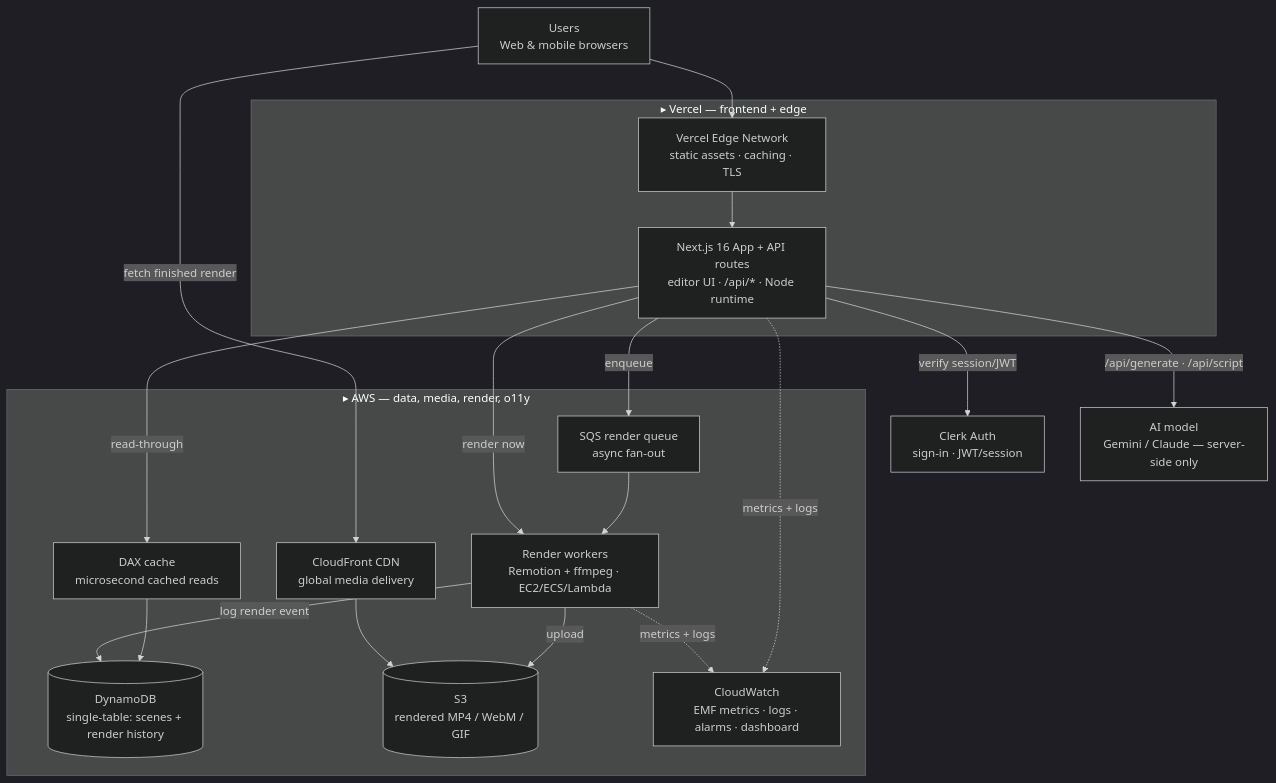
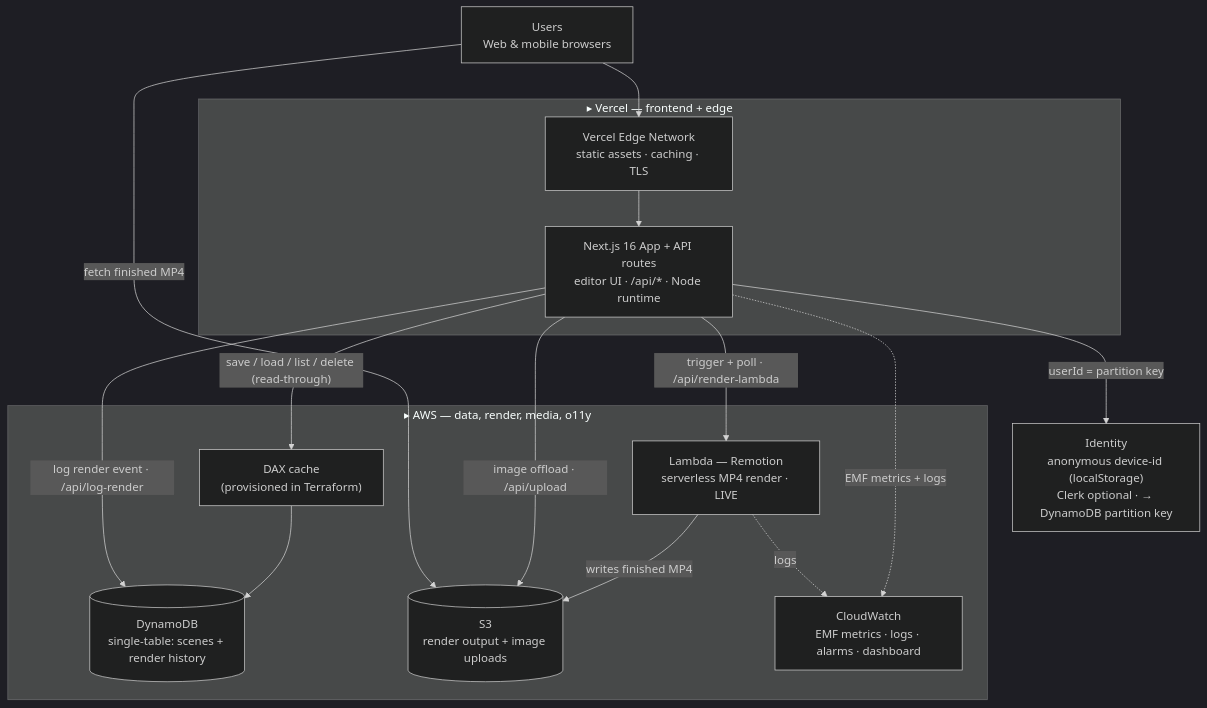
Before and after one commit to trishit726/AQUA-studio: the diagram in docs/architecture.md, drawn with Mermaid (dark theme). The commit also changed other lines of this file and 5 other files, not shown here.

First line of the commit message:
docs: serverless Lambda rendering is live; add technical architecture doc

````diff
--- a/docs/architecture.md
+++ b/docs/architecture.md
@@ -8,34 +9,30 @@
 ```mermaid
 flowchart TB
   U["Users<br/>Web & mobile browsers"]
 
   subgraph Vercel["▸ Vercel — frontend + edge"]
     CDN["Vercel Edge Network<br/>static assets · caching · TLS"]
     APP["Next.js 16 App + API routes<br/>editor UI · /api/* · Node runtime"]
   end
 
-  AUTH["Clerk Auth<br/>sign-in · JWT/session"]
-  AI["AI model<br/>Gemini / Claude — server-side only"]
+  ID["Identity<br/>anonymous device-id (localStorage)<br/>Clerk optional · → DynamoDB partition key"]
 
-  subgraph AWS["▸ AWS — data, media, render, o11y"]
-    DAX["DAX cache<br/>microsecond cached reads"]
+  subgraph AWS["▸ AWS — data, render, media, o11y"]
+    DAX["DAX cache<br/>(provisioned in Terraform)"]
     DDB[("DynamoDB<br/>single-table: scenes + render history")]
-    S3[("S3<br/>rendered MP4 / WebM / GIF")]
-    CF["CloudFront CDN<br/>global media delivery"]
-    SQS["SQS render queue<br/>async fan-out"]
-    RND["Render workers<br/>Remotion + ffmpeg · EC2/ECS/Lambda"]
+    LMB["Lambda — Remotion<br/>serverless MP4 render · LIVE"]
+    S3[("S3<br/>render output + image uploads")]
     CW["CloudWatch<br/>EMF metrics · logs · alarms · dashboard"]
   end
 
   U --> CDN --> APP
-  APP -->|verify session/JWT| AUTH
-  APP -->|read-through| DAX --> DDB
-  APP -->|"/api/generate · /api/script"| AI
-  APP -->|enqueue| SQS --> RND
-  APP -->|render now| RND
-  RND -->|upload| S3
-  RND -->|log render event| DDB
-  U -->|fetch finished render| CF --> S3
-  APP -.metrics + logs.-> CW
-  RND -.metrics + logs.-> CW
+  APP -->|userId = partition key| ID
+  APP -->|"save / load / list / delete (read-through)"| DAX --> DDB
+  APP -->|"trigger + poll · /api/render-lambda"| LMB
+  LMB -->|writes finished MP4| S3
+  APP -->|"log render event · /api/log-render"| DDB
+  APP -->|"image offload · /api/upload"| S3
+  U -->|fetch finished MP4| S3
+  APP -.EMF metrics + logs.-> CW
+  LMB -.logs.-> CW
 ```
````
